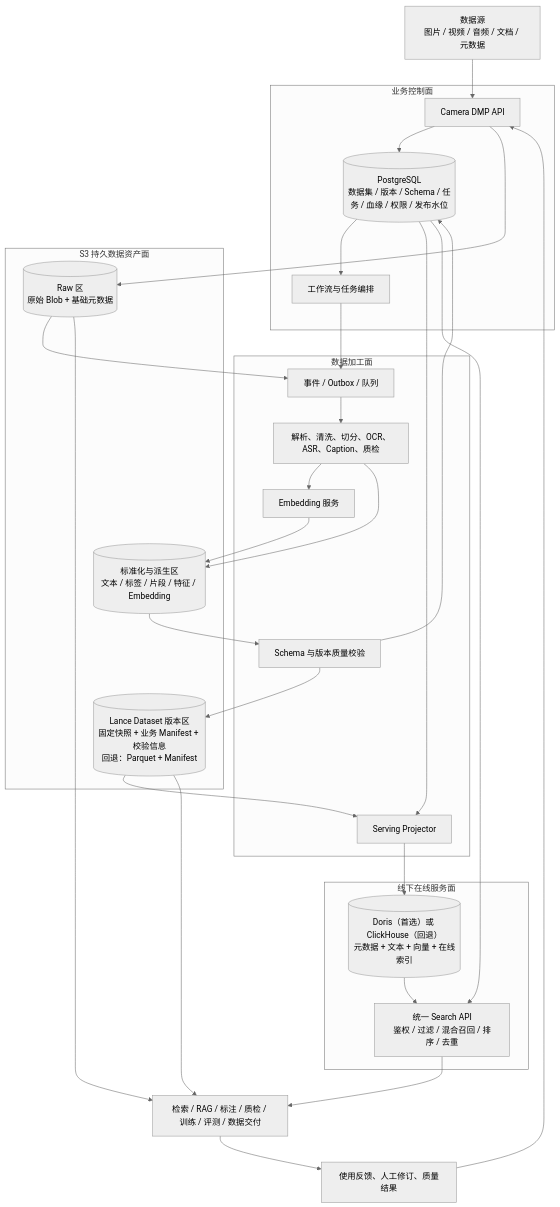
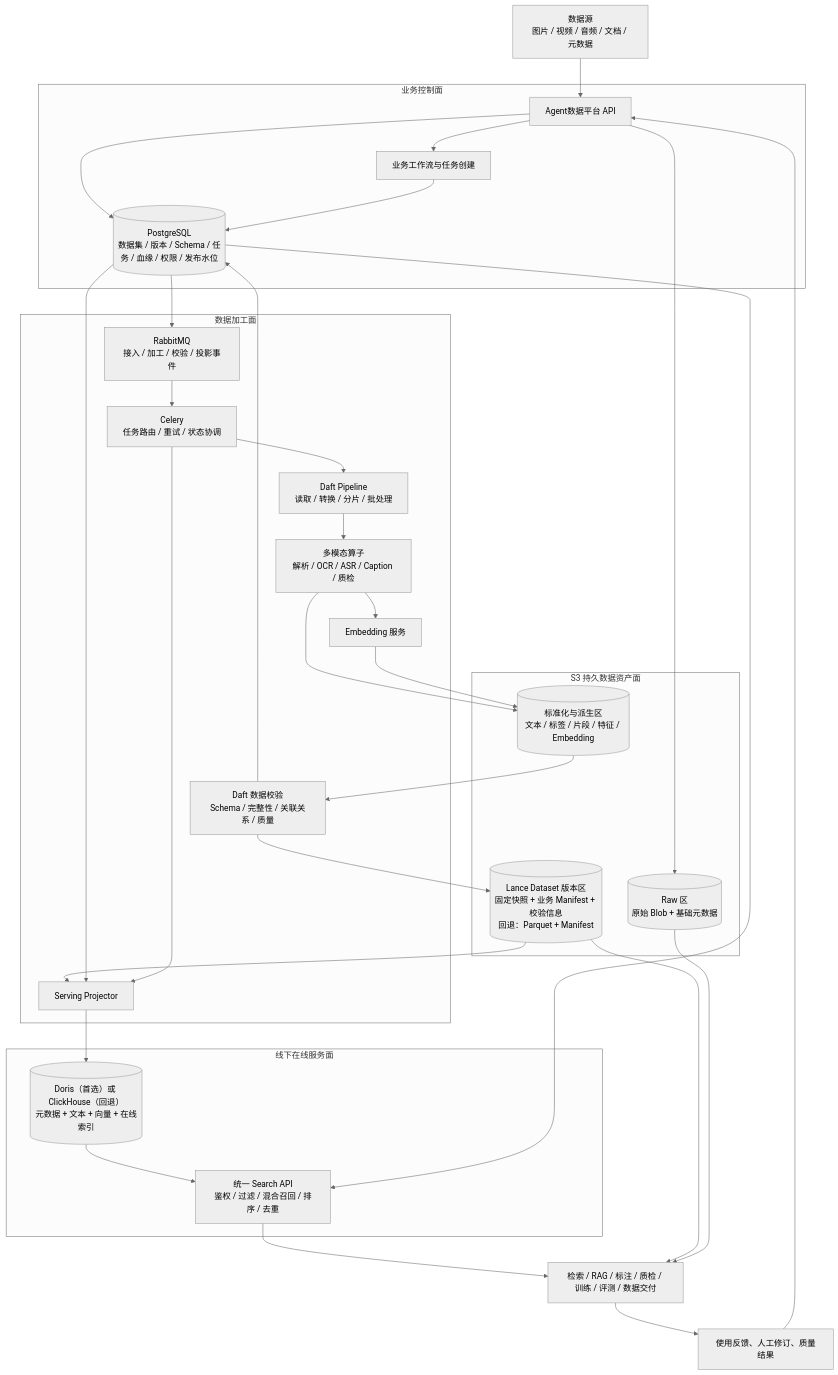
The diagram in docs/Camera DMP底层数据架构重构方案建议书_初版.md (IcelandBee/report), drawn with Mermaid (neutral theme) before and after one commit. The commit also changed other lines of this file and 2 other files, not shown here.

````diff
--- a/docs/Camera DMP底层数据架构重构方案建议书_初版.md
+++ b/docs/Camera DMP底层数据架构重构方案建议书_初版.md
@@ -128,56 +130,61 @@
 ```mermaid
 flowchart TB
   SOURCE["数据源<br/>图片 / 视频 / 音频 / 文档 / 元数据"]
 
   subgraph CONTROL["业务控制面"]
-    API["Camera DMP API"]
+    API["Agent数据平台 API"]
     PG[("PostgreSQL<br/>数据集 / 版本 / Schema / 任务 / 血缘 / 权限 / 发布水位")]
-    ORCH["工作流与任务编排"]
+    ORCH["业务工作流与任务创建"]
   end
 
   subgraph ASSET["S3 持久数据资产面"]
     RAW[("Raw 区<br/>原始 Blob + 基础元数据")]
     CURATED[("标准化与派生区<br/>文本 / 标签 / 片段 / 特征 / Embedding")]
     VERSION[("Lance Dataset 版本区<br/>固定快照 + 业务 Manifest + 校验信息<br/>回退：Parquet + Manifest")]
   end
 
   subgraph PROCESS["数据加工面"]
-    EVENT["事件 / Outbox / 队列"]
-    WORKER["解析、清洗、切分、OCR、ASR、Caption、质检"]
+    MQ["RabbitMQ<br/>接入 / 加工 / 校验 / 投影事件"]
+    CELERY["Celery<br/>任务路由 / 重试 / 状态协调"]
+    DAFT["Daft Pipeline<br/>读取 / 转换 / 分片 / 批处理"]
+    OPERATOR["多模态算子<br/>解析 / OCR / ASR / Caption / 质检"]
     EMB["Embedding 服务"]
-    VALIDATE["Schema 与版本质量校验"]
+    VALIDATE["Daft 数据校验<br/>Schema / 完整性 / 关联关系 / 质量"]
     PROJECTOR["Serving Projector"]
   end
 
   subgraph SERVING["线下在线服务面"]
     DB[("Doris（首选）或 ClickHouse（回退）<br/>元数据 + 文本 + 向量 + 在线索引")]
     SEARCH["统一 Search API<br/>鉴权 / 过滤 / 混合召回 / 排序 / 去重"]
   end
 
   CONSUMER["检索 / RAG / 标注 / 质检 / 训练 / 评测 / 数据交付"]
   FEEDBACK["使用反馈、人工修订、质量结果"]
 
   SOURCE --> API
   API --> PG
   API --> RAW
-  PG --> ORCH
-  RAW --> EVENT
-  ORCH --> EVENT
-  EVENT --> WORKER
-  WORKER --> EMB
-  WORKER --> CURATED
+  API --> ORCH
+  ORCH --> PG
+  PG --> MQ
+  MQ --> CELERY
+  CELERY --> DAFT
+  DAFT --> OPERATOR
+  OPERATOR --> EMB
+  OPERATOR --> CURATED
   EMB --> CURATED
   CURATED --> VALIDATE
   VALIDATE --> VERSION
   VALIDATE --> PG
   VERSION --> PROJECTOR
   PG --> PROJECTOR
+  CELERY --> PROJECTOR
   PROJECTOR --> DB
   DB --> SEARCH
   PG --> SEARCH
   SEARCH --> CONSUMER
   VERSION --> CONSUMER
   RAW --> CONSUMER
   CONSUMER --> FEEDBACK
   FEEDBACK --> API
 ```
````
